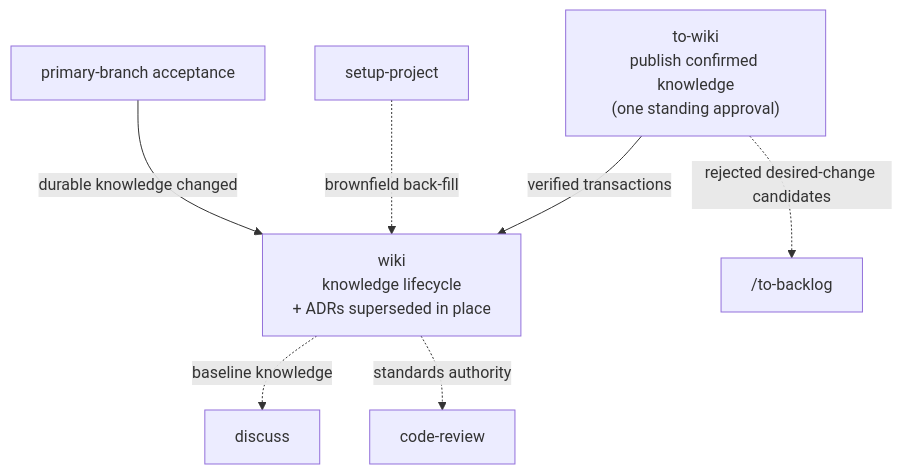
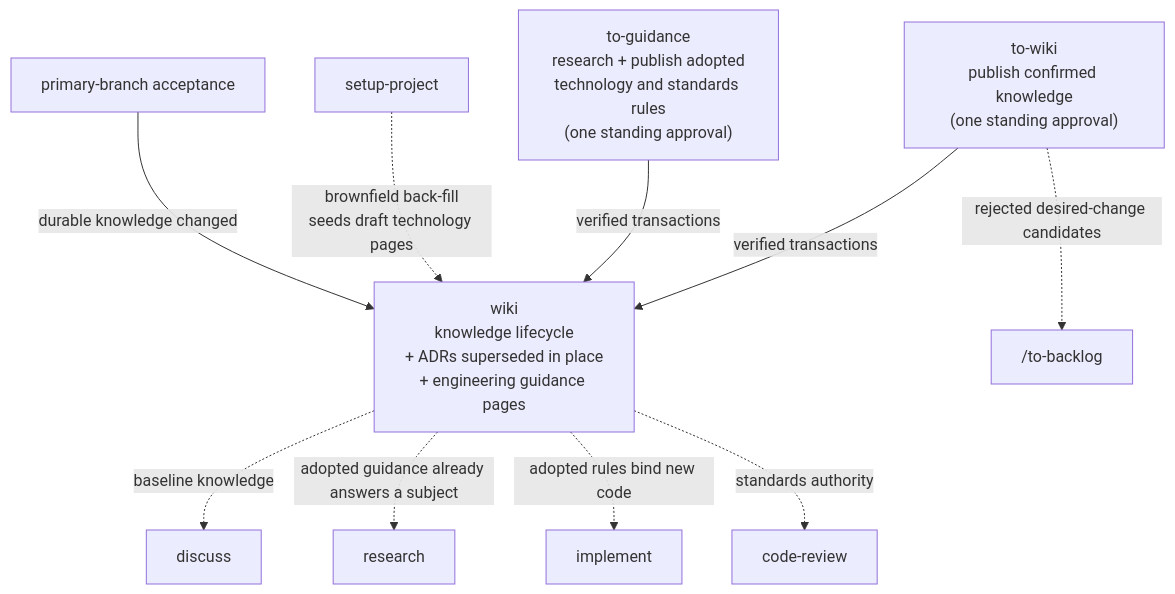
The fourth of 4 diagrams in README.md (beeltec/skills), drawn with Mermaid before and after one commit. The commit also changed other lines of this file and 14 other files, not shown here.

First line of the commit message:
feat(to-guidance): persist adopted technology and standards guidance

````diff
--- a/README.md
+++ b/README.md
@@ -73,10 +73,13 @@
 ```mermaid
 flowchart TD
     TW["to-wiki<br/>publish confirmed knowledge<br/>(one standing approval)"] -->|verified transactions| WK
-    SP["setup-project"] -.->|brownfield back-fill| WK
+    TG["to-guidance<br/>research + publish adopted<br/>technology and standards rules<br/>(one standing approval)"] -->|verified transactions| WK
+    SP["setup-project"] -.->|brownfield back-fill<br/>seeds draft technology pages| WK
     ACC["primary-branch acceptance"] -->|durable knowledge changed| WK
-    WK["wiki<br/>knowledge lifecycle<br/>+ ADRs superseded in place"]
+    WK["wiki<br/>knowledge lifecycle<br/>+ ADRs superseded in place<br/>+ engineering guidance pages"]
     TW -.->|rejected desired-change candidates| TB["/to-backlog"]
     WK -.->|baseline knowledge| D["discuss"]
+    WK -.->|adopted guidance already answers a subject| RT["research"]
+    WK -.->|adopted rules bind new code| IMP["implement"]
     WK -.->|standards authority| CR["code-review"]
 ```
````
